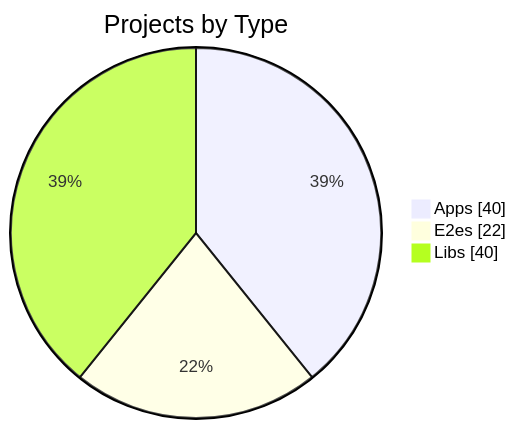
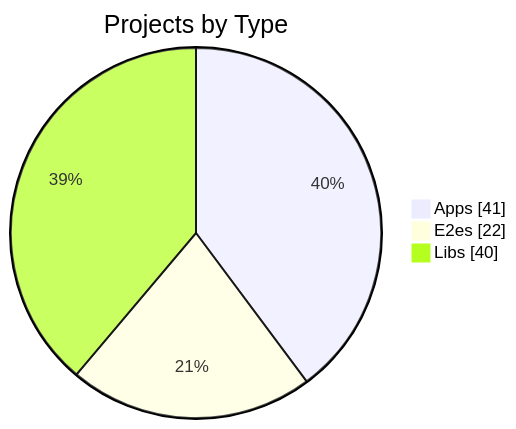
Before and after one commit to KBVE/kbve: the first of 3 diagrams in apps/kbve/astro-kbve/src/content/docs/dashboard/graph.mdx, drawn with Mermaid. The commit also changed other lines of this file and 8 other files, not shown here.

````diff
--- a/apps/kbve/astro-kbve/src/content/docs/dashboard/graph.mdx
+++ b/apps/kbve/astro-kbve/src/content/docs/dashboard/graph.mdx
@@ -56,7 +56,7 @@
 ```mermaid
 pie showData
     title Projects by Type
-    "Apps" : 40
+    "Apps" : 41
     "E2es" : 22
     "Libs" : 40
 ```
````
